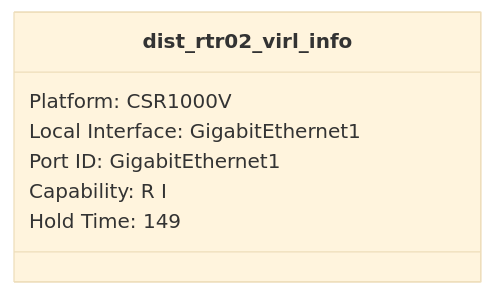
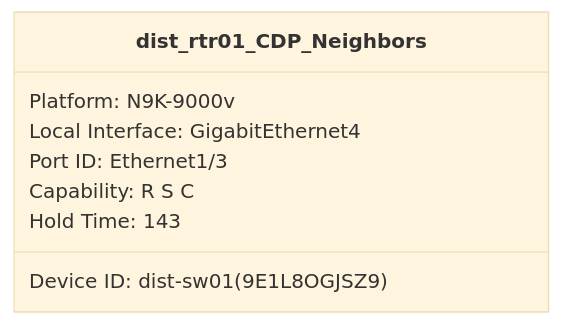
The sixth of 6 diagrams in Examples/IOS-XE/dist-rtr01 show cdp neighbors class.md (automateyournetwork/pyYAHTS), drawn with Mermaid (base theme) before and after one commit. The commit also changed other lines of this file and 34 other files, not shown here.

Commit message:
ios-xe class diagrams

````diff
--- a/Examples/IOS-XE/dist-rtr01 show cdp neighbors class.md
+++ b/Examples/IOS-XE/dist-rtr01 show cdp neighbors class.md
@@ -54,10 +59,11 @@
 ```mermaid
 classDiagram
-class dist_rtr02_virl_info{
-Platform: CSR1000V
-Local Interface: GigabitEthernet1
-Port ID: GigabitEthernet1
-Capability: R I
-Hold Time: 149
+class dist_rtr01_CDP_Neighbors {
+Device ID: dist-sw01(9E1L8OGJSZ9)
+Platform: N9K-9000v
+Local Interface: GigabitEthernet4
+Port ID: Ethernet1/3
+Capability: R S C
+Hold Time: 143
 }
 ```
````
